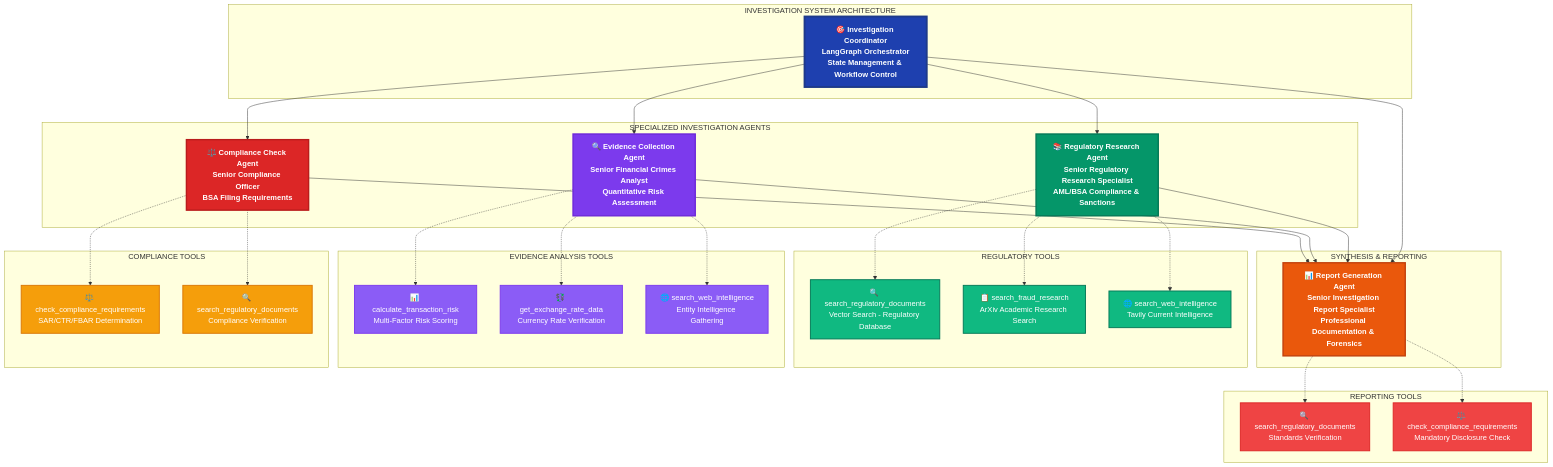
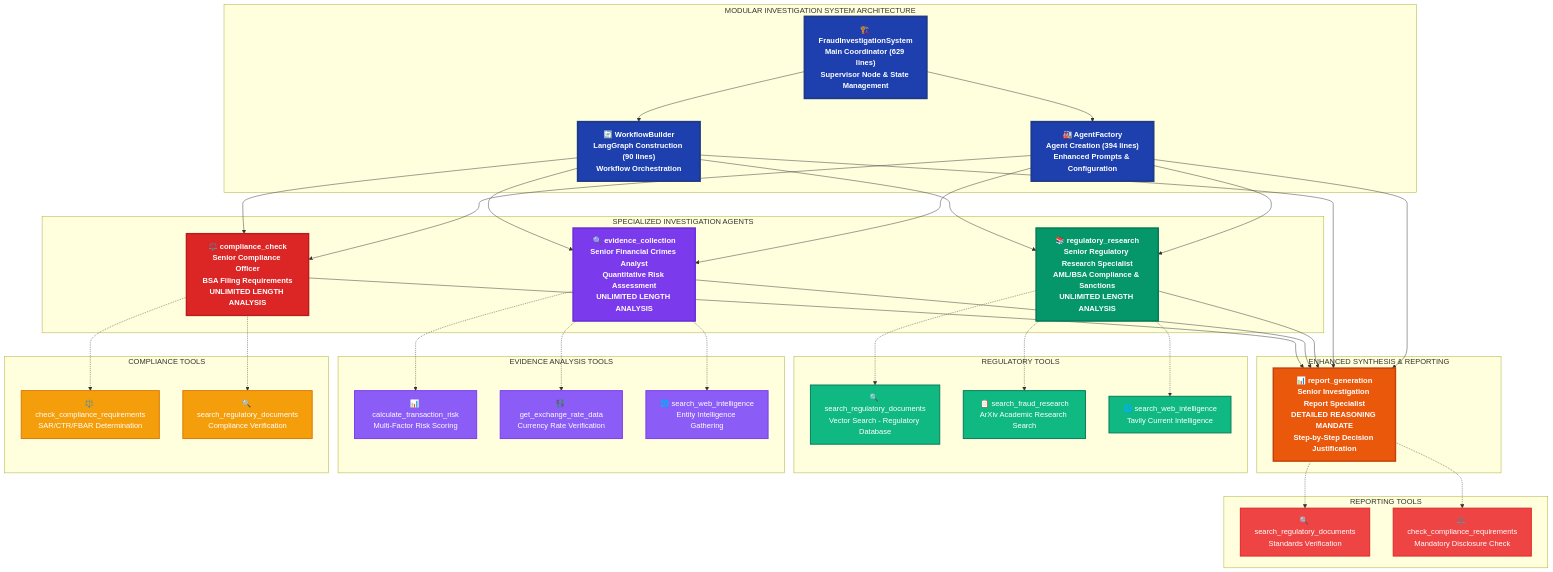
One commit to ovokpus/InvestigatorAI changed the first of 4 diagrams in docs/CERTIFICATION_CHALLENGE.md. Above: the diagram before and after it, drawn with Mermaid. The commit also changed other lines of this file and 3 other files, not shown here.

First line of the commit message:
docs: Update agent hierarchy diagrams and references to match current implementation

````diff
--- a/docs/CERTIFICATION_CHALLENGE.md
+++ b/docs/CERTIFICATION_CHALLENGE.md
@@ -75,17 +75,19 @@
 ```mermaid
 graph TB
-    subgraph "INVESTIGATION SYSTEM ARCHITECTURE"
-        IC["🎯 Investigation Coordinator<br/>LangGraph Orchestrator<br/>State Management & Workflow Control"]
+    subgraph "MODULAR INVESTIGATION SYSTEM ARCHITECTURE"
+        FIS["🏗️ FraudInvestigationSystem<br/>Main Coordinator (629 lines)<br/>Supervisor Node & State Management"]
+        AF["🏭 AgentFactory<br/>Agent Creation (394 lines)<br/>Enhanced Prompts & Configuration"]
+        WB["🔄 WorkflowBuilder<br/>LangGraph Construction (90 lines)<br/>Workflow Orchestration"]
     end
     
     subgraph "SPECIALIZED INVESTIGATION AGENTS"
-        RRA["📚 Regulatory Research Agent<br/>Senior Regulatory Research Specialist<br/>AML/BSA Compliance & Sanctions"]
-        ECA["🔍 Evidence Collection Agent<br/>Senior Financial Crimes Analyst<br/>Quantitative Risk Assessment"]
-        CCA["⚖️ Compliance Check Agent<br/>Senior Compliance Officer<br/>BSA Filing Requirements"]
+        RRA["📚 regulatory_research<br/>Senior Regulatory Research Specialist<br/>AML/BSA Compliance & Sanctions<br/>UNLIMITED LENGTH ANALYSIS"]
+        ECA["🔍 evidence_collection<br/>Senior Financial Crimes Analyst<br/>Quantitative Risk Assessment<br/>UNLIMITED LENGTH ANALYSIS"]
+        CCA["⚖️ compliance_check<br/>Senior Compliance Officer<br/>BSA Filing Requirements<br/>UNLIMITED LENGTH ANALYSIS"]
     end
     
-    subgraph "SYNTHESIS & REPORTING"
-        RGA["📊 Report Generation Agent<br/>Senior Investigation Report Specialist<br/>Professional Documentation & Forensics"]
+    subgraph "ENHANCED SYNTHESIS & REPORTING"
+        RGA["📊 report_generation<br/>Senior Investigation Report Specialist<br/>DETAILED REASONING MANDATE<br/>Step-by-Step Decision Justification"]
     end
     
     subgraph "REGULATORY TOOLS" 
@@ -110,17 +112,25 @@
         CCR2["⚖️ check_compliance_requirements<br/>Mandatory Disclosure Check"]
     end
     
+    %% Modular system connections
+    FIS --> AF
+    FIS --> WB
+    AF --> RRA
+    AF --> ECA
+    AF --> CCA
+    AF --> RGA
+    
     %% Workflow connections
-    IC --> RRA
-    IC --> ECA
-    IC --> CCA
-    IC --> RGA
+    WB --> RRA
+    WB --> ECA
+    WB --> CCA
+    WB --> RGA
     
     RRA --> RGA
     ECA --> RGA
     CCA --> RGA
     
-    %% Tool assignments
+    %% Tool assignments (actual implementation)
     RRA -.-> SRD
     RRA -.-> SFR
     RRA -.-> SWI1
@@ -147,7 +157,7 @@
     classDef complianceTools fill:#f59e0b,stroke:#d97706,stroke-width:2px,color:#ffffff
     classDef reportTools fill:#ef4444,stroke:#dc2626,stroke-width:2px,color:#ffffff
     
-    class IC coordinator
+    class FIS,AF,WB coordinator
     class RRA agents
     class ECA evidence
     class CCA compliance
````
